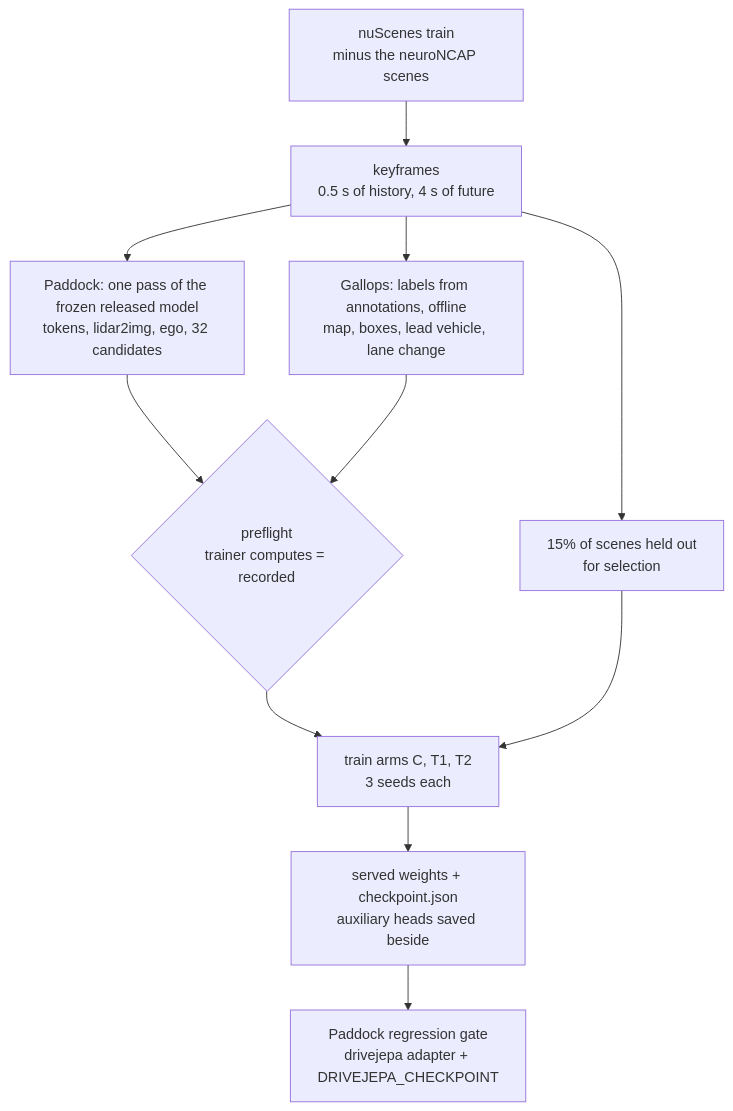
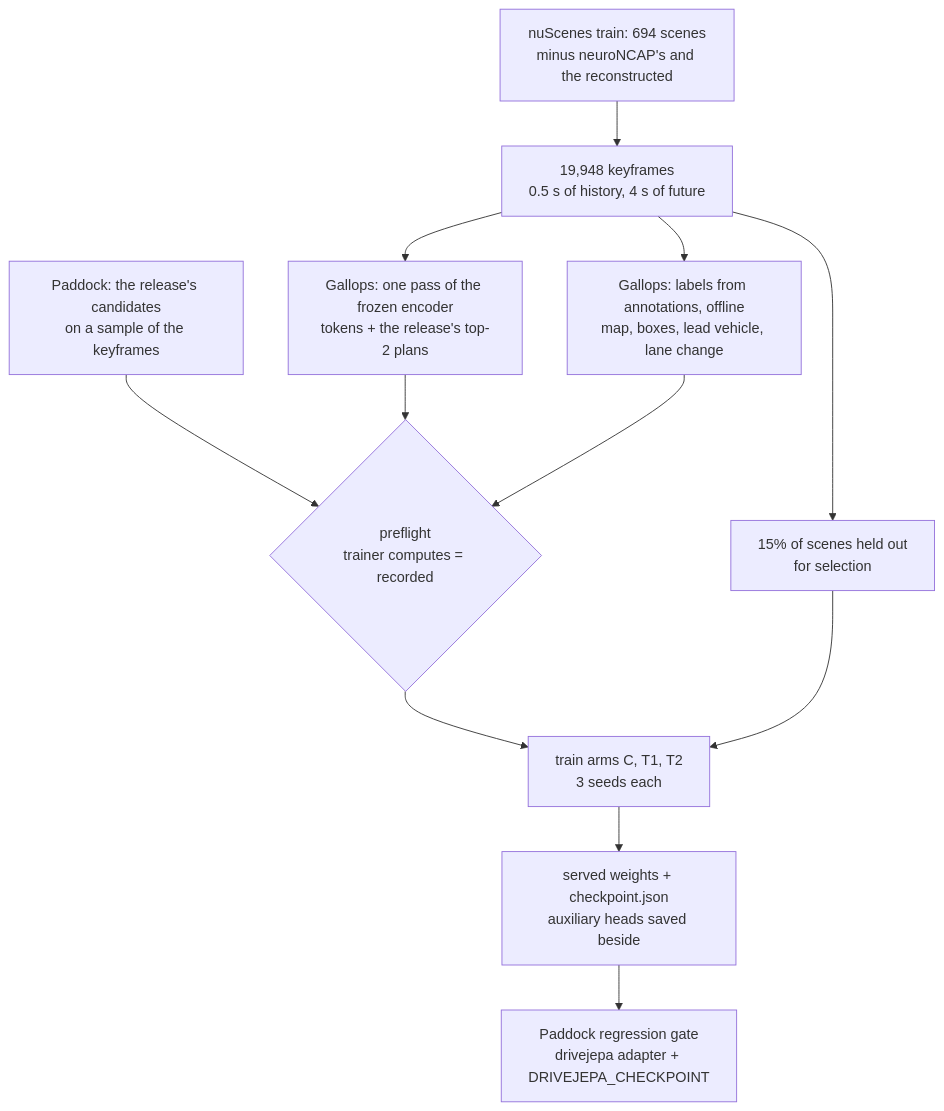
One commit to FastCodeAI/Gallops changed the third of 6 diagrams in docs/drivejepa-aux-heads.md. Above: the diagram before and after it, drawn with Mermaid. The commit also changed other lines of this file and 4 other files, not shown here.

````diff
--- a/docs/drivejepa-aux-heads.md
+++ b/docs/drivejepa-aux-heads.md
@@ -149,13 +328,14 @@
 ```mermaid
 flowchart TD
-    NU["nuScenes train<br/>minus the neuroNCAP scenes"] --> KF["keyframes<br/>0.5 s of history, 4 s of future"]
+    NU["nuScenes train: 694 scenes<br/>minus neuroNCAP's and the reconstructed"] --> KF["19,948 keyframes<br/>0.5 s of history, 4 s of future"]
     KF --> HO["15% of scenes held out<br/>for selection"]
-    KF --> DUMP["Paddock: one pass of the frozen released model<br/>tokens, lidar2img, ego, 32 candidates"]
+    KF --> ENCP["Gallops: one pass of the frozen encoder<br/>tokens + the release's top-2 plans"]
     KF --> LAB["Gallops: labels from annotations, offline<br/>map, boxes, lead vehicle, lane change"]
-    DUMP --> PF{"preflight<br/>trainer computes = recorded"}
+    PD["Paddock: the release's candidates<br/>on a sample of the keyframes"] --> PF
+    ENCP --> PF{"preflight<br/>trainer computes = recorded"}
     LAB --> PF
     PF --> TR["train arms C, T1, T2<br/>3 seeds each"]
     HO --> TR
     TR --> CK["served weights + checkpoint.json<br/>auxiliary heads saved beside"]
     CK --> GATE["Paddock regression gate<br/>drivejepa adapter + DRIVEJEPA_CHECKPOINT"]
 ```
````
